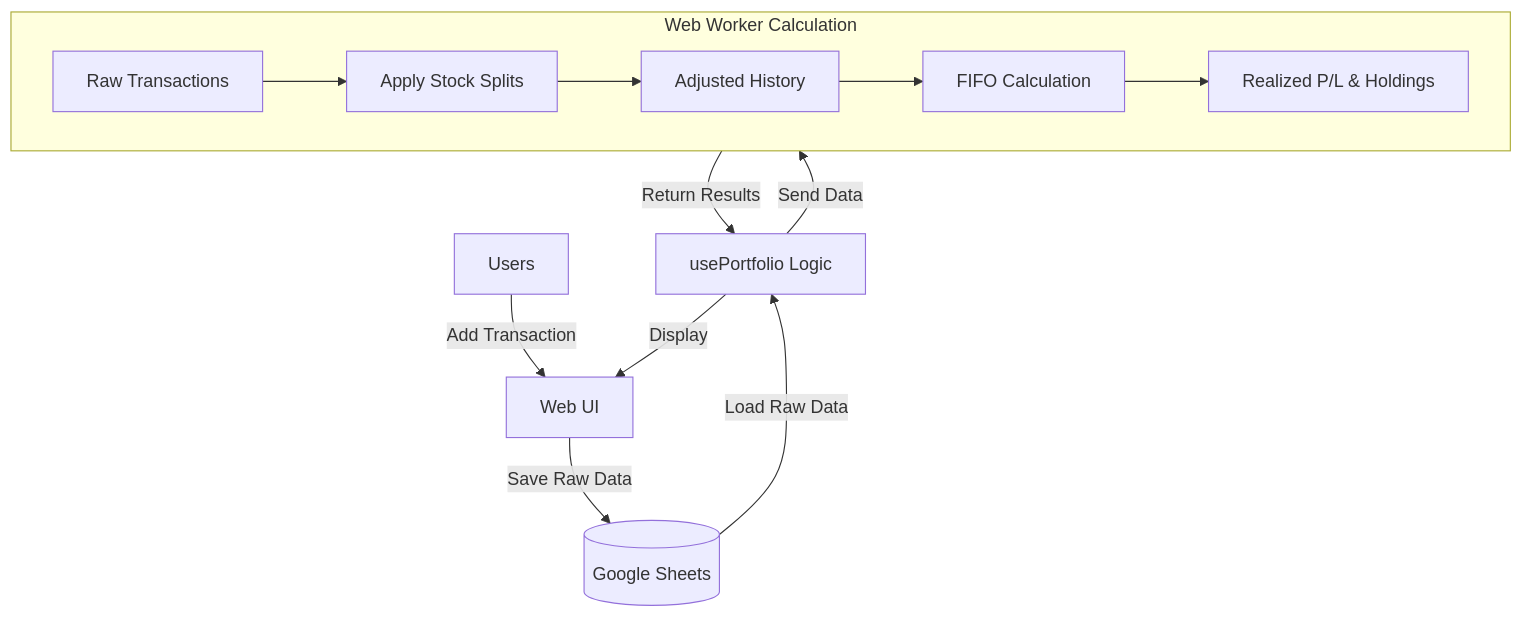
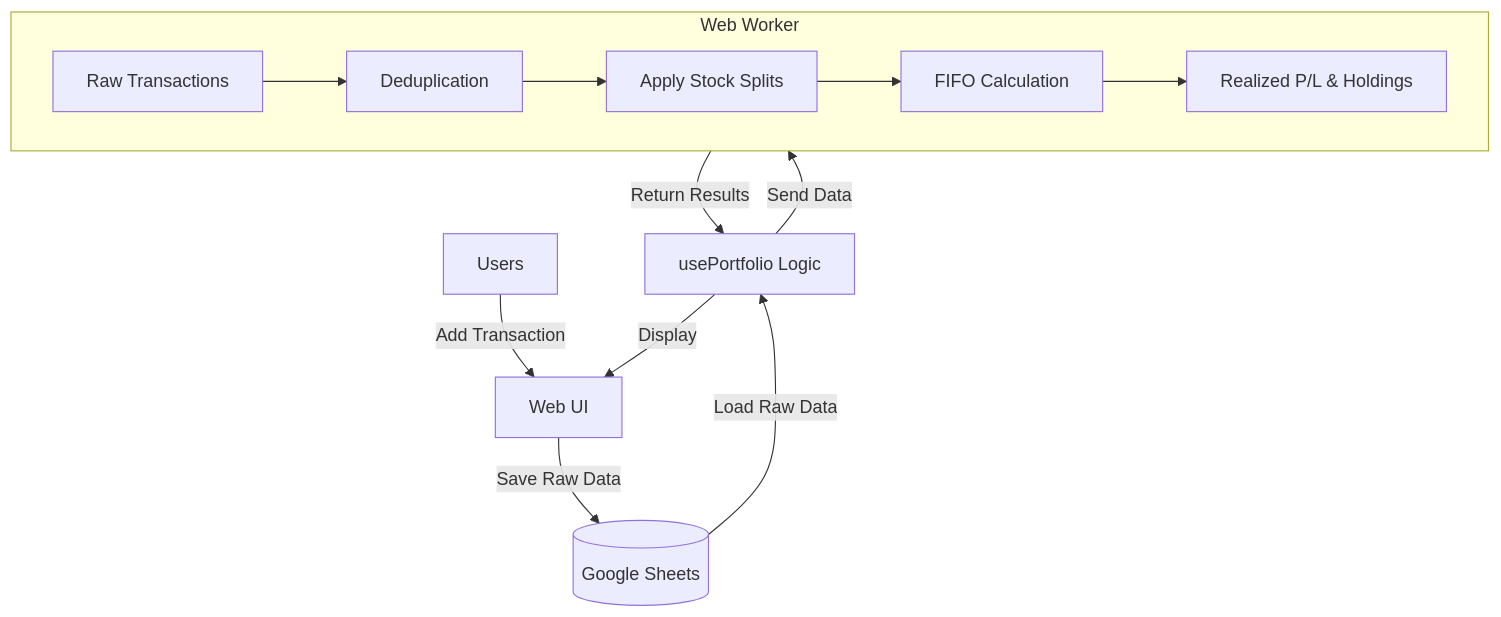
One commit to Phoompirak/Invest-tracker changed the diagram in README.md. Above: the diagram before and after it, drawn with Mermaid. The commit also changed other lines of this file and 8 other files, not shown here.

````diff
--- a/README.md
+++ b/README.md
@@ -12,17 +33,17 @@
 ```mermaid
 graph TD
     User[Users] -->|Add Transaction| UI[Web UI]
     UI -->|Save Raw Data| Sheets[(Google Sheets)]
     Sheets -->|Load Raw Data| App[usePortfolio Logic]
     
-    subgraph Calculation [Web Worker Calculation]
-        Raw[Raw Transactions] --> SplitLog[Apply Stock Splits]
-        SplitLog --> Adjusted[Adjusted History]
-        Adjusted --> FIFO[FIFO Calculation]
+    subgraph Calculation [Web Worker]
+        Raw[Raw Transactions] --> Dedup[Deduplication]
+        Dedup --> SplitLog[Apply Stock Splits]
+        SplitLog --> FIFO[FIFO Calculation]
         FIFO --> Results[Realized P/L & Holdings]
     end
     
     App -->|Send Data| Calculation
     Calculation -->|Return Results| App
     App -->|Display| UI
 ```
````
